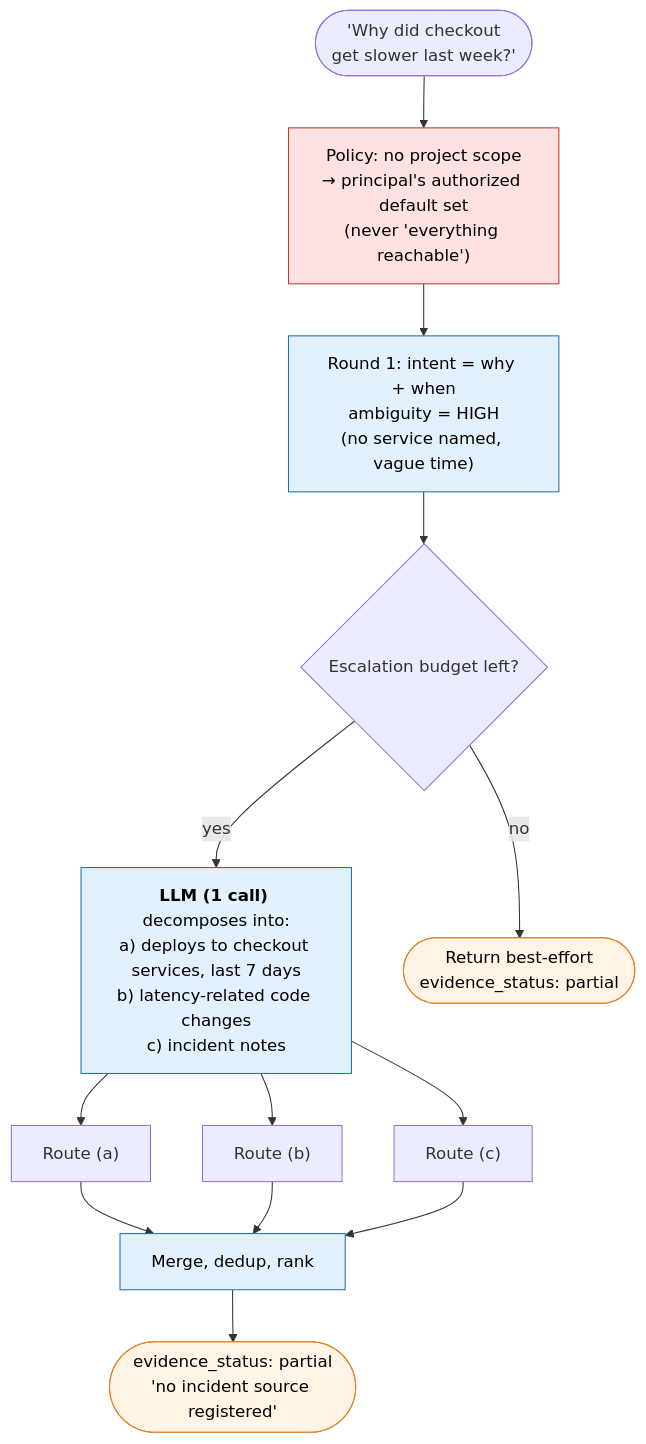
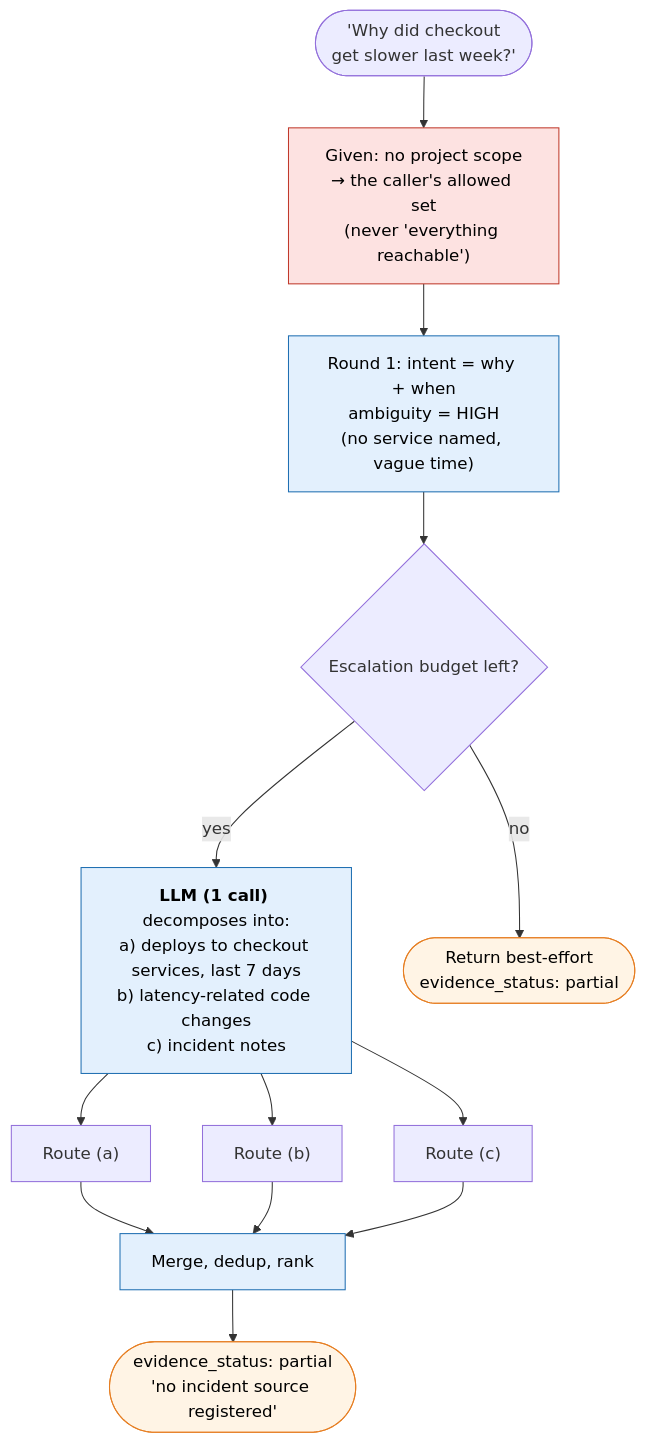
The sixth of 13 diagrams in design/intelligence-layer/contracts-and-scenarios.md (arunmenon/sanctum), drawn with Mermaid before and after one commit. The commit also changed other lines of this file and 7 other files, not shown here.

````diff
--- a/design/intelligence-layer/contracts-and-scenarios.md
+++ b/design/intelligence-layer/contracts-and-scenarios.md
@@ -282,20 +282,20 @@
 ```mermaid
 flowchart TB
-    Q(["'Why did checkout<br/>get slower last week?'"]) --> S["Policy: no project scope<br/>→ principal's authorized default set<br/>(never 'everything reachable')"]
+    Q(["'Why did checkout<br/>get slower last week?'"]) --> S["Given: no project scope<br/>→ the caller's allowed set<br/>(never 'everything reachable')"]
     S --> R1["Round 1: intent = why + when<br/>ambiguity = HIGH<br/>(no service named, vague time)"]
     R1 --> E{"Escalation budget left?"}
     E -- yes --> L["<b>LLM (1 call)</b> decomposes into:<br/>a) deploys to checkout services, last 7 days<br/>b) latency-related code changes<br/>c) incident notes"]
     E -- no --> P1(["Return best-effort<br/>evidence_status: partial"])
     L --> a["Route (a)"] & b["Route (b)"] & c["Route (c)"]
     a --> M["Merge, dedup, rank"]
     b --> M
     c --> M
     M --> O(["evidence_status: partial<br/>'no incident source registered'"])
 
     classDef policy fill:#fde2e1,stroke:#c0392b,color:#000
     classDef judge fill:#e3f0fd,stroke:#1f6fb2,color:#000
     classDef safe fill:#fff4e5,stroke:#e67e22,color:#000
     class S policy
     class R1,L,M judge
     class P1,O safe
 ```
````
